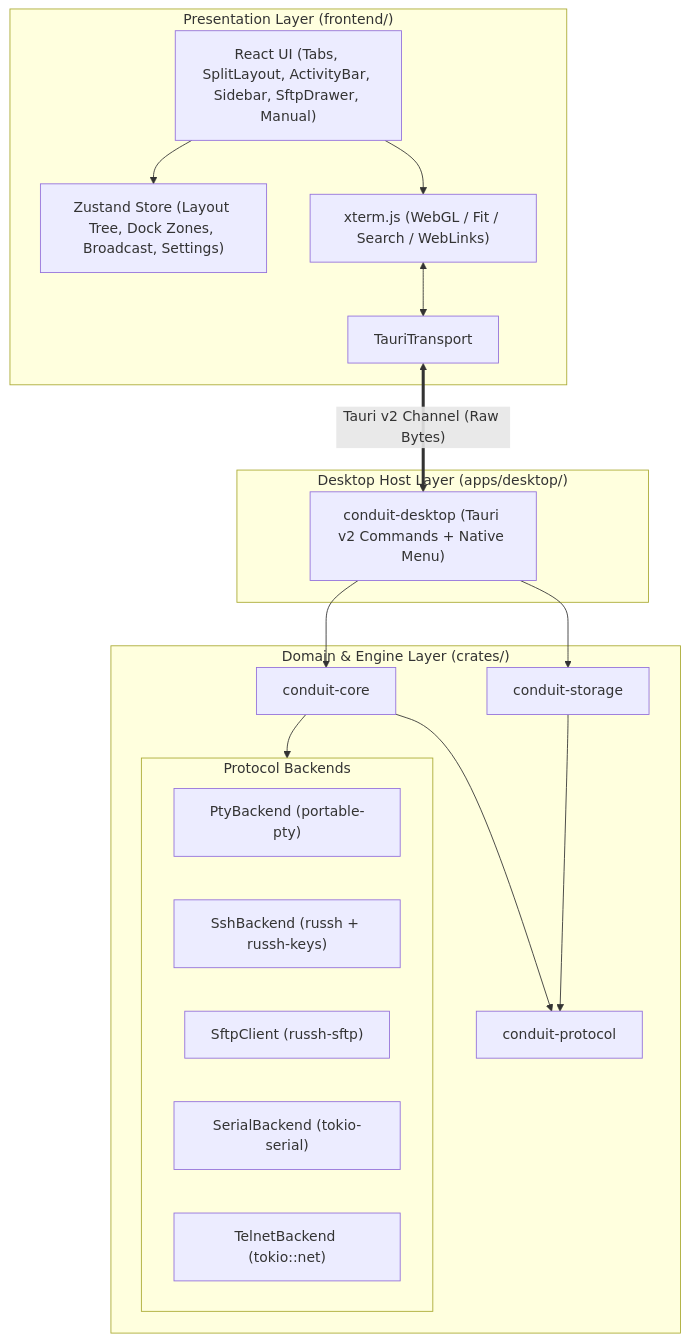
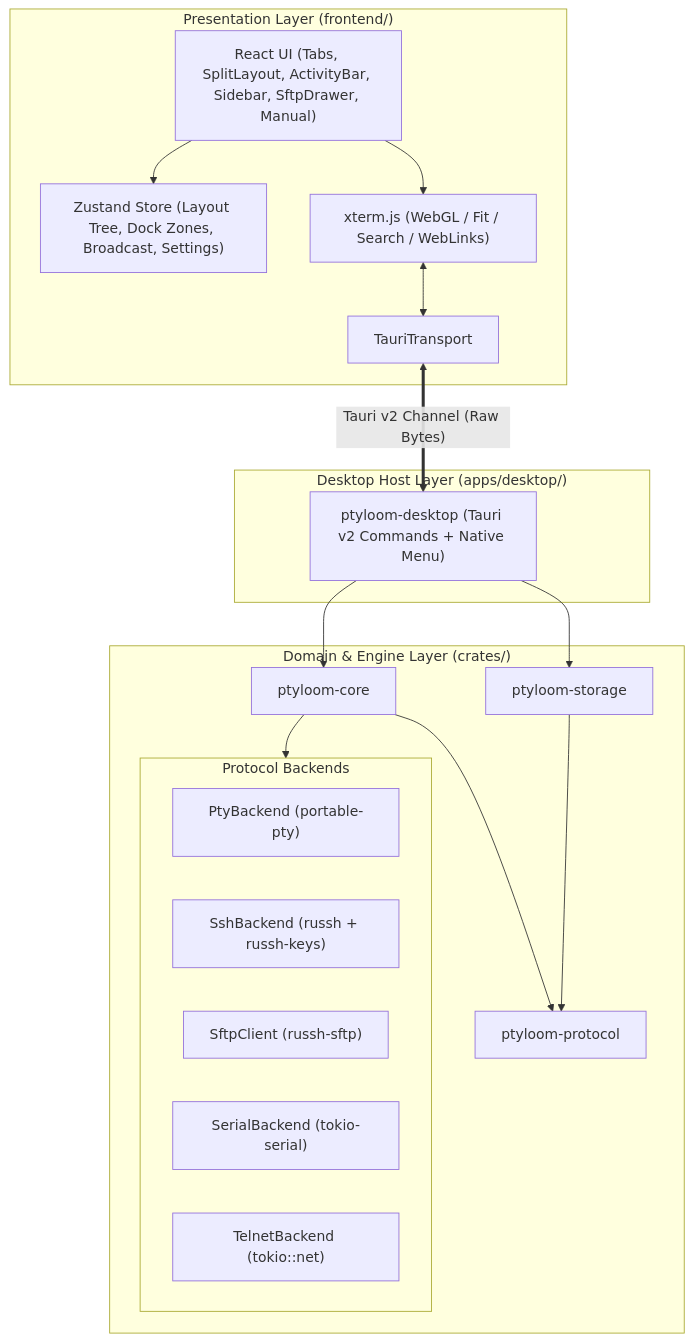
Before and after one commit to Othkkartho/ConduitProject: the diagram in docs/01-architecture.md, drawn with Mermaid. The commit also changed other lines of this file and 7 other files, not shown here.

````diff
--- a/docs/01-architecture.md
+++ b/docs/01-architecture.md
@@ -11,39 +11,39 @@
 ```mermaid
 flowchart TB
     subgraph UI["Presentation Layer (frontend/)"]
         ReactUI["React UI (Tabs, SplitLayout, ActivityBar, Sidebar, SftpDrawer, Manual)"]
         Zustand["Zustand Store (Layout Tree, Dock Zones, Broadcast, Settings)"]
         Xterm["xterm.js (WebGL / Fit / Search / WebLinks)"]
         TauriTr["TauriTransport"]
 
         ReactUI --> Zustand
         ReactUI --> Xterm
         Xterm <--> TauriTr
     end
 
     subgraph Hosts["Desktop Host Layer (apps/desktop/)"]
-        TauriHost["conduit-desktop (Tauri v2 Commands + Native Menu)"]
+        TauriHost["ptyloom-desktop (Tauri v2 Commands + Native Menu)"]
     end
 
     subgraph Core["Domain & Engine Layer (crates/)"]
-        Proto["conduit-protocol"]
-        CoreEngine["conduit-core"]
-        Storage["conduit-storage"]
+        Proto["ptyloom-protocol"]
+        CoreEngine["ptyloom-core"]
+        Storage["ptyloom-storage"]
 
         subgraph Backends["Protocol Backends"]
             Pty["PtyBackend (portable-pty)"]
             Ssh["SshBackend (russh + russh-keys)"]
             Sftp["SftpClient (russh-sftp)"]
             Serial["SerialBackend (tokio-serial)"]
             Telnet["TelnetBackend (tokio::net)"]
         end
 
         CoreEngine --> Backends
         CoreEngine --> Proto
         Storage --> Proto
     end
 
     TauriTr <==>|"Tauri v2 Channel (Raw Bytes)"| TauriHost
     TauriHost --> CoreEngine
     TauriHost --> Storage
 ```
````
